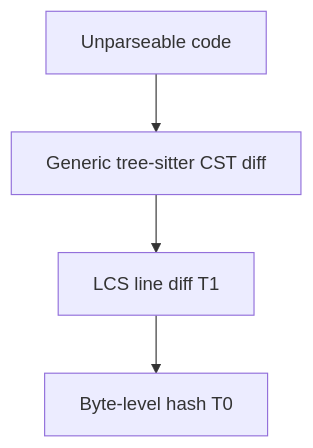
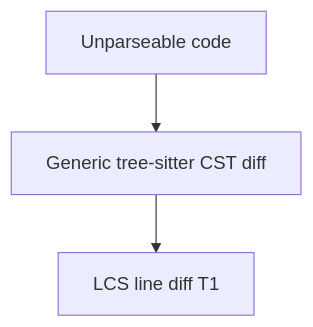
The diagram in apps/docs/how-it-works/tier-pipeline.mdx (ossl-dev/differens), drawn with Mermaid before and after one commit. The commit also changed other lines of this file and 15 other files, not shown here.

````diff
--- a/apps/docs/how-it-works/tier-pipeline.mdx
+++ b/apps/docs/how-it-works/tier-pipeline.mdx
@@ -48,6 +48,5 @@
 ```mermaid
 flowchart TD
     A[Unparseable code] --> B[Generic tree-sitter CST diff]
     B --> C[LCS line diff T1]
-    C --> D[Byte-level hash T0]
 ```
````
